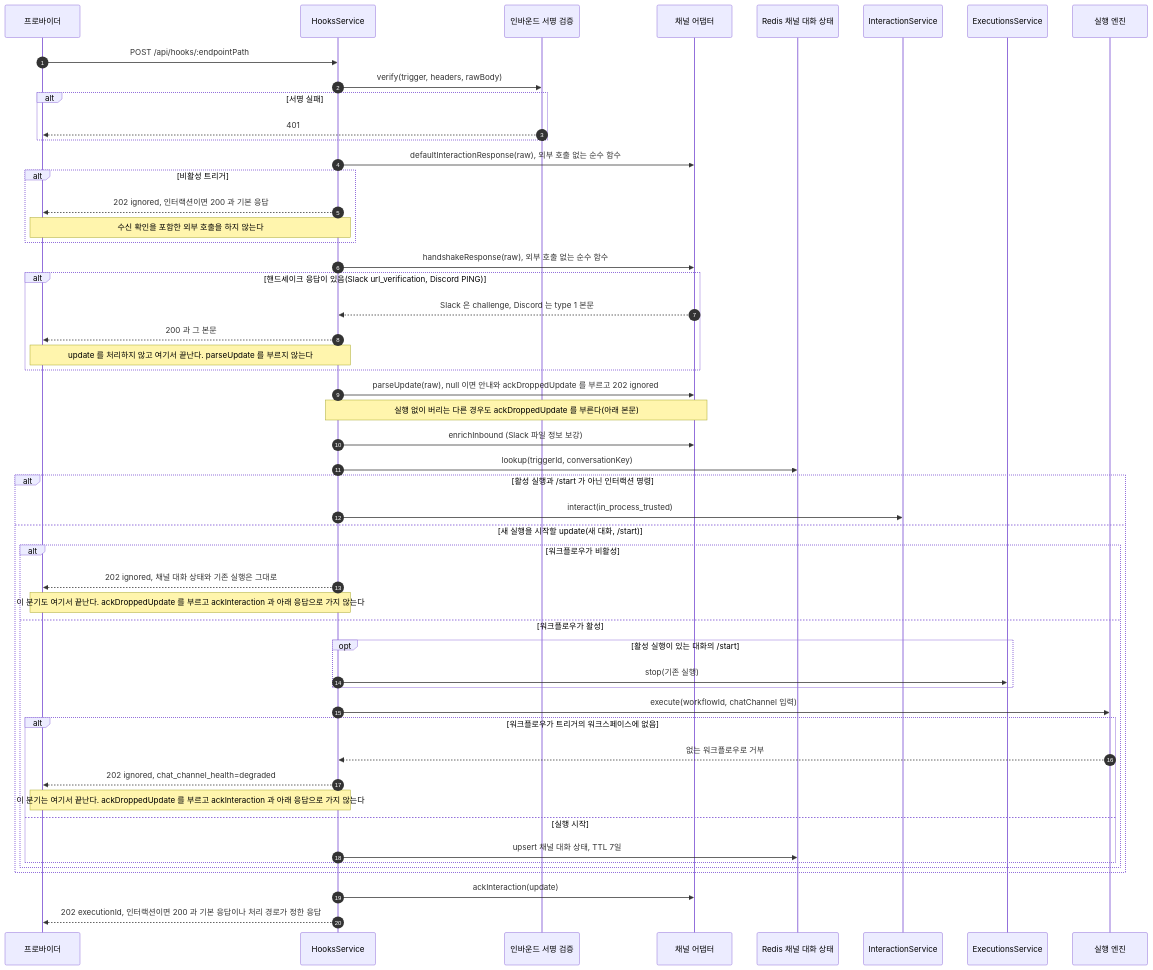
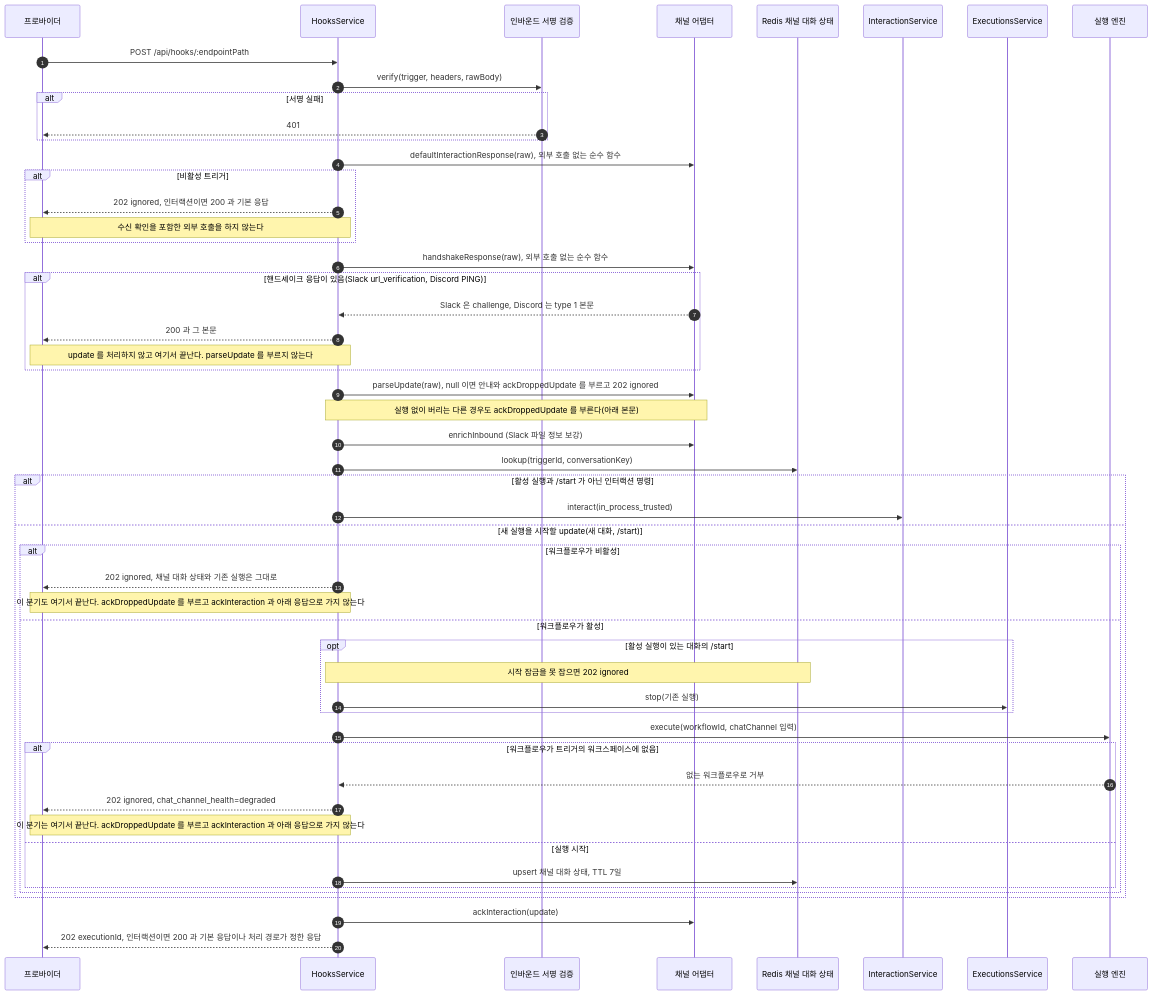
The first of 2 diagrams in spec/CLE-CHAT/CLE-CHAT-DATA-FLOW.md (worker-ants/clemvion), drawn with Mermaid before and after one commit. The commit also changed other lines of this file and 1 other file, not shown here.

First line of the commit message:
spec: CLE-API-WS-MSG v5 · CLE-CHAT-DATA-FLOW v7 승인본 미러를 받는다 (CLE-T-DV6PN7)

````diff
--- a/spec/CLE-CHAT/CLE-CHAT-DATA-FLOW.md
+++ b/spec/CLE-CHAT/CLE-CHAT-DATA-FLOW.md
@@ -27,54 +27,55 @@
 ```mermaid
 sequenceDiagram
   autonumber
   participant Ext as 프로바이더
   participant Hk as HooksService
   participant Auth as 인바운드 서명 검증
   participant Ad as 채널 어댑터
   participant R as Redis 채널 대화 상태
   participant Int as InteractionService
   participant X as ExecutionsService
   participant Eng as 실행 엔진
   Ext->>Hk: POST /api/hooks/:endpointPath
   Hk->>Auth: verify(trigger, headers, rawBody)
   alt 서명 실패
     Auth-->>Ext: 401
   end
   Hk->>Ad: defaultInteractionResponse(raw), 외부 호출 없는 순수 함수
   alt 비활성 트리거
     Hk-->>Ext: 202 ignored, 인터랙션이면 200 과 기본 응답
     Note over Hk,Ext: 수신 확인을 포함한 외부 호출을 하지 않는다
   end
   Hk->>Ad: handshakeResponse(raw), 외부 호출 없는 순수 함수
   alt 핸드셰이크 응답이 있음(Slack url_verification, Discord PING)
     Ad-->>Hk: Slack 은 challenge, Discord 는 type 1 본문
     Hk-->>Ext: 200 과 그 본문
     Note over Hk,Ext: update 를 처리하지 않고 여기서 끝난다. parseUpdate 를 부르지 않는다
   end
   Hk->>Ad: parseUpdate(raw), null 이면 안내와 ackDroppedUpdate 를 부르고 202 ignored
   Note over Hk,Ad: 실행 없이 버리는 다른 경우도 ackDroppedUpdate 를 부른다(아래 본문)
   Hk->>Ad: enrichInbound (Slack 파일 정보 보강)
   Hk->>R: lookup(triggerId, conversationKey)
   alt 활성 실행과 /start 가 아닌 인터랙션 명령
     Hk->>Int: interact(in_process_trusted)
   else 새 실행을 시작할 update(새 대화, /start)
     alt 워크플로우가 비활성
       Hk-->>Ext: 202 ignored, 채널 대화 상태와 기존 실행은 그대로
       Note over Hk,Ext: 이 분기도 여기서 끝난다. ackDroppedUpdate 를 부르고 ackInteraction 과 아래 응답으로 가지 않는다
     else 워크플로우가 활성
       opt 활성 실행이 있는 대화의 /start
+        Note over Hk,R: 시작 잠금을 못 잡으면 202 ignored
         Hk->>X: stop(기존 실행)
       end
       Hk->>Eng: execute(workflowId, chatChannel 입력)
       alt 워크플로우가 트리거의 워크스페이스에 없음
         Eng-->>Hk: 없는 워크플로우로 거부
         Hk-->>Ext: 202 ignored, chat_channel_health=degraded
         Note over Hk,Ext: 이 분기는 여기서 끝난다. ackDroppedUpdate 를 부르고 ackInteraction 과 아래 응답으로 가지 않는다
       else 실행 시작
         Hk->>R: upsert 채널 대화 상태, TTL 7일
       end
     end
   end
   Hk->>Ad: ackInteraction(update)
   Hk-->>Ext: 202 executionId, 인터랙션이면 200 과 기본 응답이나 처리 경로가 정한 응답
 ```
````
